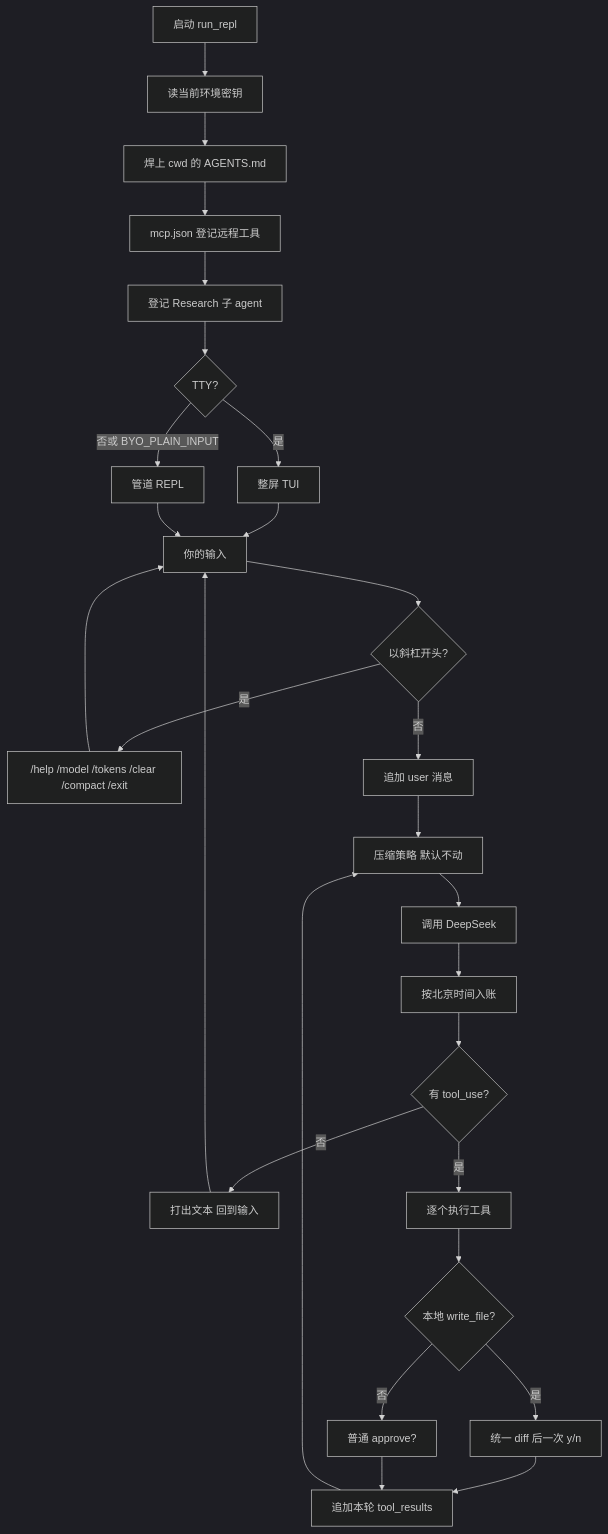
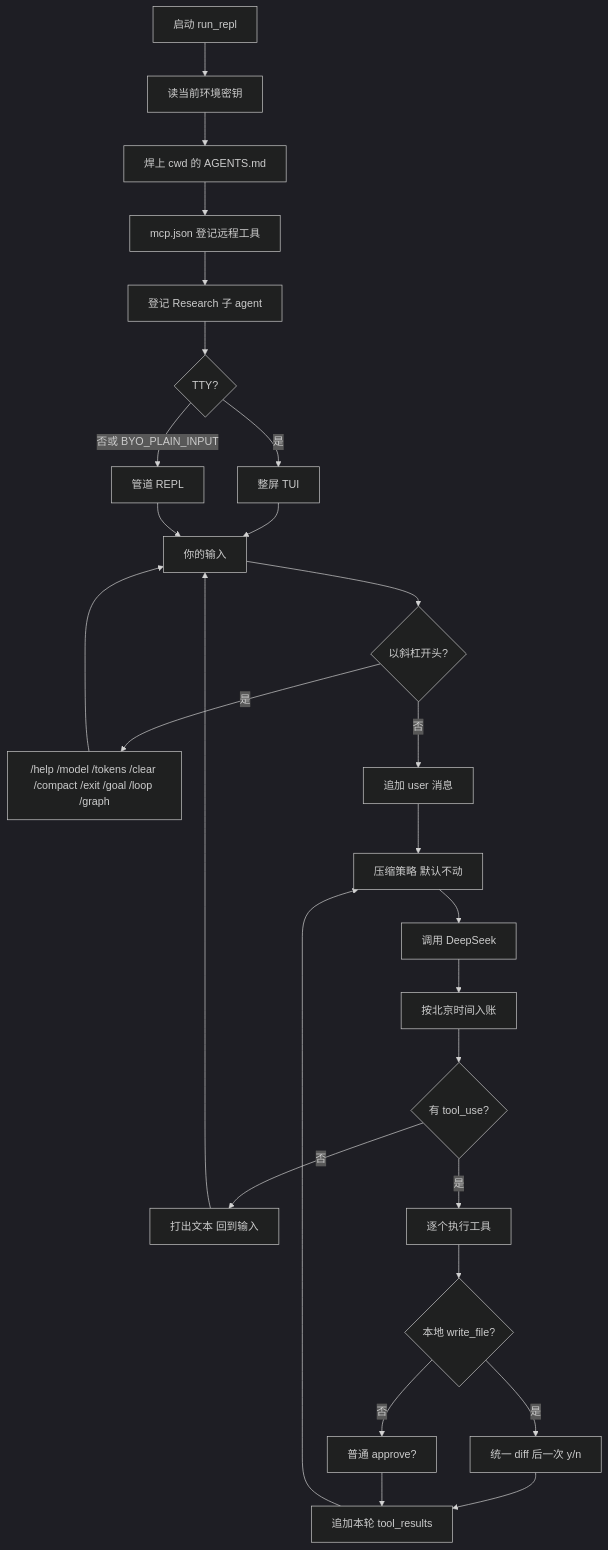
The diagram in README.md (xiaolitongxue666/build-rust-mini-coding-agent), drawn with Mermaid (dark theme) before and after one commit. The commit also changed other lines of this file and 21 other files, not shown here.

First line of the commit message:
feat: add /goal, /loop, and /graph outer loops

````diff
--- a/README.md
+++ b/README.md
@@ -22,29 +22,29 @@
 ```mermaid
 flowchart TD
     startNode[启动 run_repl] --> loadKey[读当前环境密钥]
     loadKey --> agentsMd[焊上 cwd 的 AGENTS.md]
     agentsMd --> mcpSetup[mcp.json 登记远程工具]
     mcpSetup --> research[登记 Research 子 agent]
     research --> tty{TTY?}
     tty -->|是| tui[整屏 TUI]
     tty -->|"否或 BYO_PLAIN_INPUT"| plain[管道 REPL]
     tui --> inputNode[你的输入]
     plain --> inputNode
     inputNode --> slash{以斜杠开头?}
-    slash -->|是| slashCmd["/help /model /tokens /clear /compact /exit"]
+    slash -->|是| slashCmd["/help /model /tokens /clear /compact /exit /goal /loop /graph"]
     slashCmd --> inputNode
     slash -->|否| appendUser[追加 user 消息]
     appendUser --> compact[压缩策略 默认不动]
     compact --> callModel[调用 DeepSeek]
     callModel --> usage[按北京时间入账]
     usage --> toolUse{有 tool_use?}
     toolUse -->|否| printText[打出文本 回到输入]
     printText --> inputNode
     toolUse -->|是| eachTool[逐个执行工具]
     eachTool --> gate{本地 write_file?}
     gate -->|是| diffBox[统一 diff 后一次 y/n]
     gate -->|否| askBox[普通 approve?]
     diffBox --> toolResult[追加本轮 tool_results]
     askBox --> toolResult
     toolResult --> compact
 ```
````
